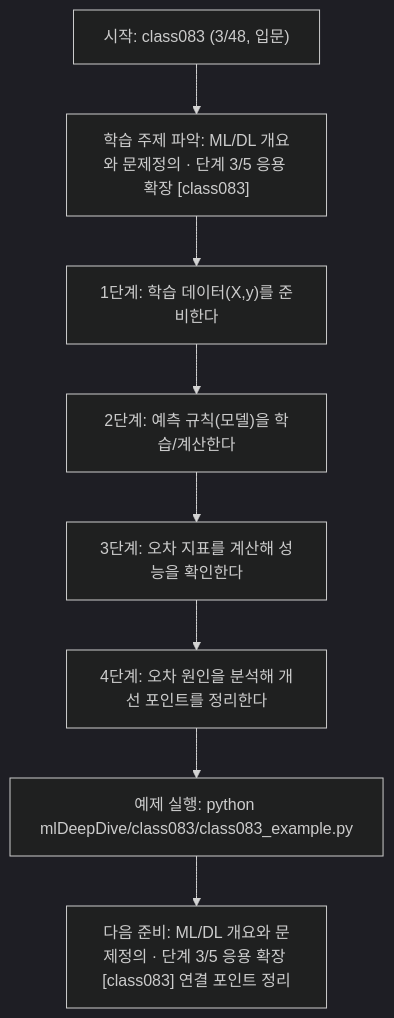
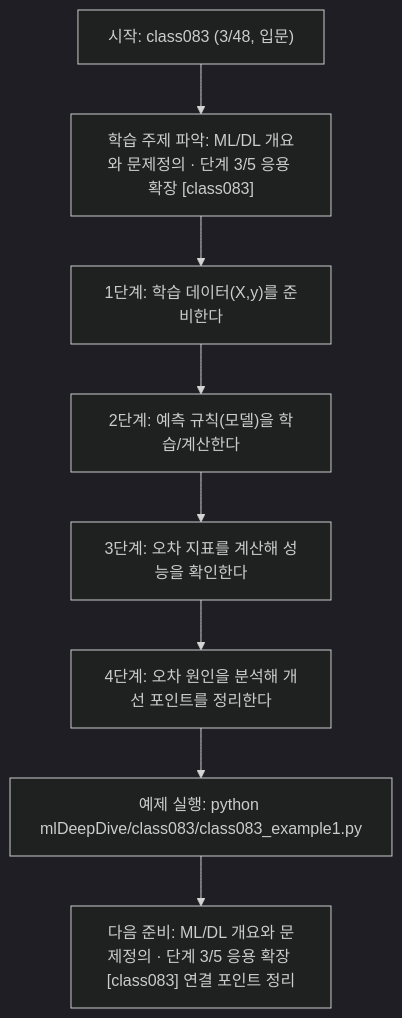
The diagram in mlDeepDive/class083/class083.md (edumgt/Python-AI_Agent-Class), drawn with Mermaid (dark theme) before and after one commit. The commit also changed other lines of this file and 2959 other files, not shown here.

````diff
--- a/mlDeepDive/class083/class083.md
+++ b/mlDeepDive/class083/class083.md
@@ -111,18 +111,18 @@
 ```mermaid
 flowchart TD
 N1["시작: class083 (3/48, 입문)"]
 N2["학습 주제 파악: ML/DL 개요와 문제정의 · 단계 3/5 응용 확장 [class083]"]
 N3["1단계: 학습 데이터(X,y)를 준비한다"]
 N4["2단계: 예측 규칙(모델)을 학습/계산한다"]
 N5["3단계: 오차 지표를 계산해 성능을 확인한다"]
 N6["4단계: 오차 원인을 분석해 개선 포인트를 정리한다"]
-N7["예제 실행: python mlDeepDive/class083/class083_example.py"]
+N7["예제 실행: python mlDeepDive/class083/class083_example1.py"]
 N8["다음 준비: ML/DL 개요와 문제정의 · 단계 3/5 응용 확장 [class083] 연결 포인트 정리"]
 N1 --> N2
 N2 --> N3
 N3 --> N4
 N4 --> N5
 N5 --> N6
 N6 --> N7
 N7 --> N8
 ```
````
